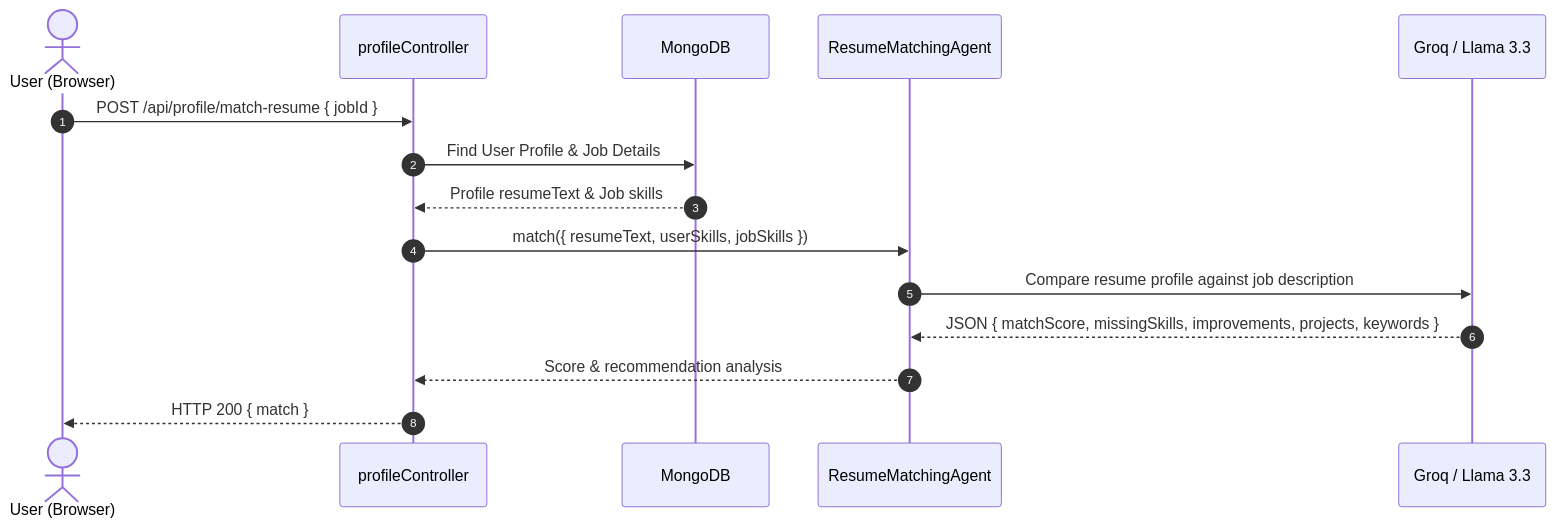
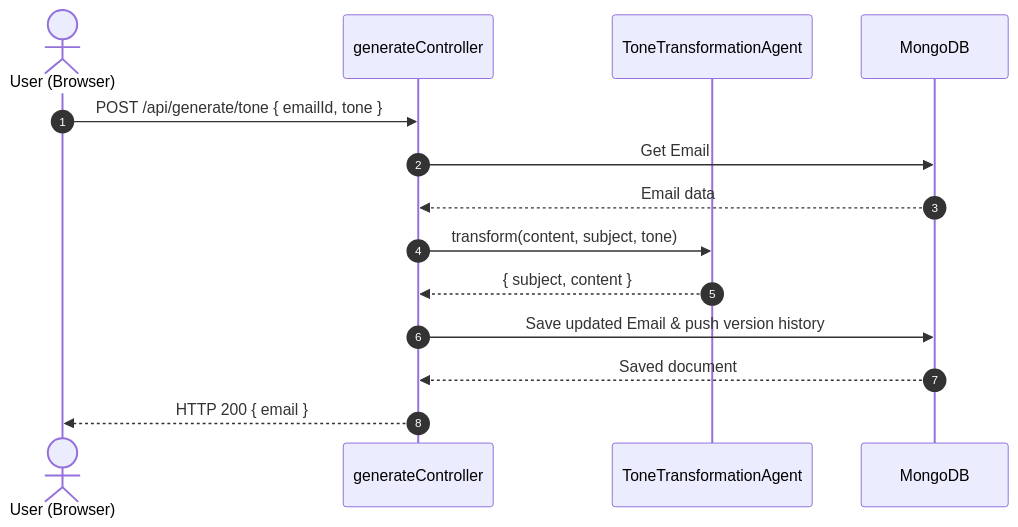
The sixth of 6 diagrams in docs/WORKFLOW.md (tamal006/cold-email-ai-agent), drawn with Mermaid before and after one commit. The commit also changed other lines of this file and 107 other files, not shown here.

````diff
--- a/docs/WORKFLOW.md
+++ b/docs/WORKFLOW.md
@@ -193,18 +149,17 @@
 ```mermaid
 sequenceDiagram
     autonumber
     actor User as User (Browser)
-    participant C as profileController
+    participant C as generateController
+    participant T as ToneTransformationAgent
     participant DB as MongoDB
-    participant A as ResumeMatchingAgent
-    participant LLM as Groq / Llama 3.3
 
-    User->>C: POST /api/profile/match-resume { jobId }
-    C->>DB: Find User Profile & Job Details
-    DB-->>C: Profile resumeText & Job skills
-    C->>A: match({ resumeText, userSkills, jobSkills })
-    A->>LLM: Compare resume profile against job description
-    LLM-->>A: JSON { matchScore, missingSkills, improvements, projects, keywords }
-    A-->>C: Score & recommendation analysis
-    C-->>User: HTTP 200 { match }
+    User->>C: POST /api/generate/tone { emailId, tone }
+    C->>DB: Get Email
+    DB-->>C: Email data
+    C->>T: transform(content, subject, tone)
+    T-->>C: { subject, content }
+    C->>DB: Save updated Email & push version history
+    DB-->>C: Saved document
+    C-->>User: HTTP 200 { email }
 ```
````
